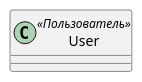
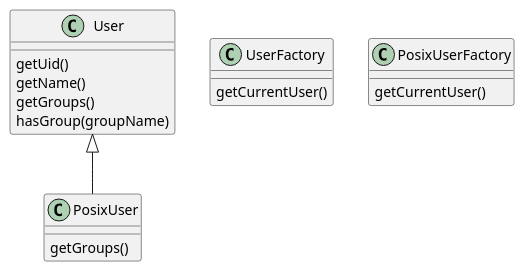
One commit to ilb/posixuserjs changed the diagram in docs/entities.puml. Above: the diagram before and after it, drawn with PlantUML. The commit also changed 1 other file, not shown here.

```diff
--- a/docs/entities.puml
+++ b/docs/entities.puml
@@ -1,7 +1,22 @@
 @startuml
 
-class User <<Пользователь>> {
+class User{
+    getUid()
+    getName()
+    getGroups()
+    hasGroup(groupName)
 }
 
+class PosixUser{
+    getGroups()
+}
+class UserFactory{
+    getCurrentUser()
+}
+class PosixUserFactory{
+    getCurrentUser() 
+}
+
+User  <|-- PosixUser
 
 @enduml
```
